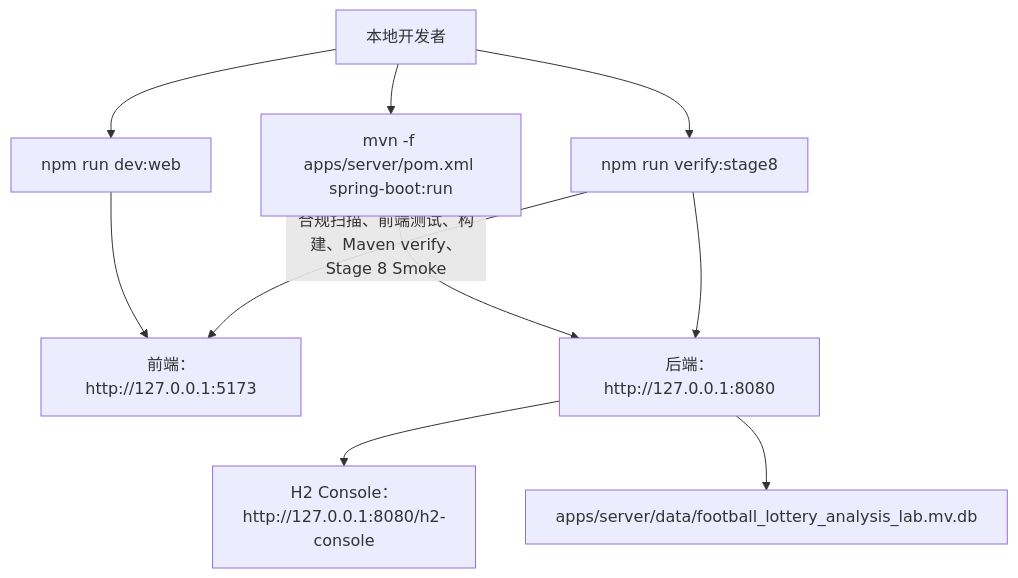
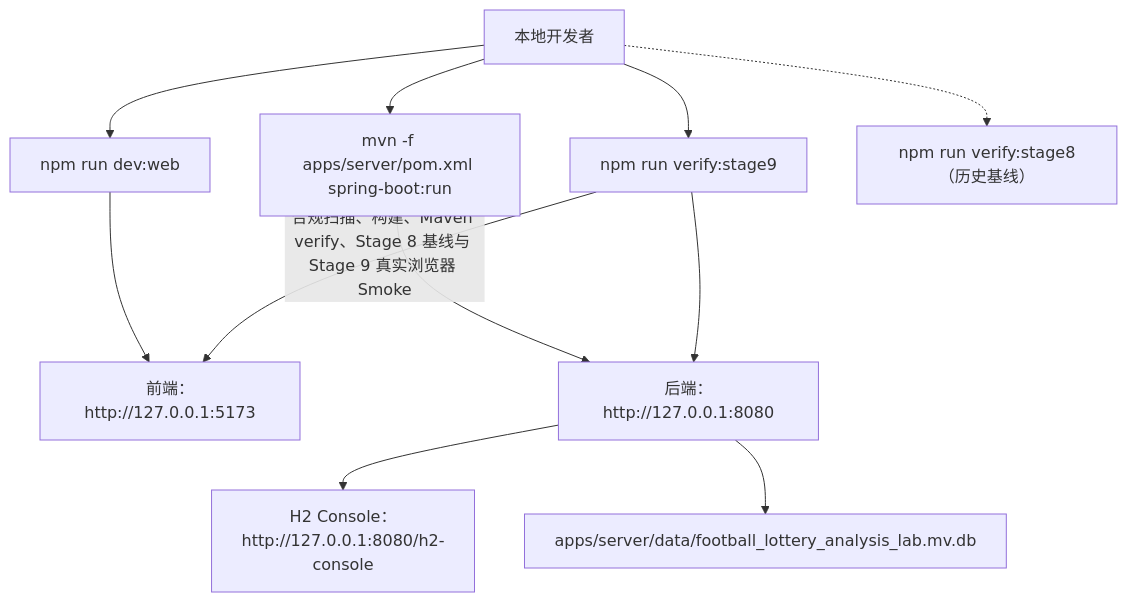
One commit to TomLeo-ai/football-lottery-analysis-lab changed the fourth of 4 diagrams in docs/product-architecture.md. Above: the diagram before and after it, drawn with Mermaid. The commit also changed other lines of this file and 42 other files, not shown here.

````diff
--- a/docs/product-architecture.md
+++ b/docs/product-architecture.md
@@ -235,19 +268,21 @@
 ```mermaid
 flowchart TB
   dev["本地开发者"]
   webCmd["npm run dev:web"]
   serverCmd["mvn -f apps/server/pom.xml spring-boot:run"]
   webPort["前端：http://127.0.0.1:5173"]
   apiPort["后端：http://127.0.0.1:8080"]
   h2Console["H2 Console：http://127.0.0.1:8080/h2-console"]
   dataDir["apps/server/data/football_lottery_analysis_lab.mv.db"]
-  verify["npm run verify:stage8"]
+  verify["npm run verify:stage9"]
+  historical["npm run verify:stage8（历史基线）"]
 
   dev --> webCmd --> webPort
   dev --> serverCmd --> apiPort
   apiPort --> h2Console
   apiPort --> dataDir
   dev --> verify
-  verify -->|"合规扫描、前端测试、构建、Maven verify、Stage 8 Smoke"| webPort
+  verify -->|"合规扫描、构建、Maven verify、Stage 8 基线与 Stage 9 真实浏览器 Smoke"| webPort
   verify --> apiPort
+  dev -.-> historical
 ```
````
